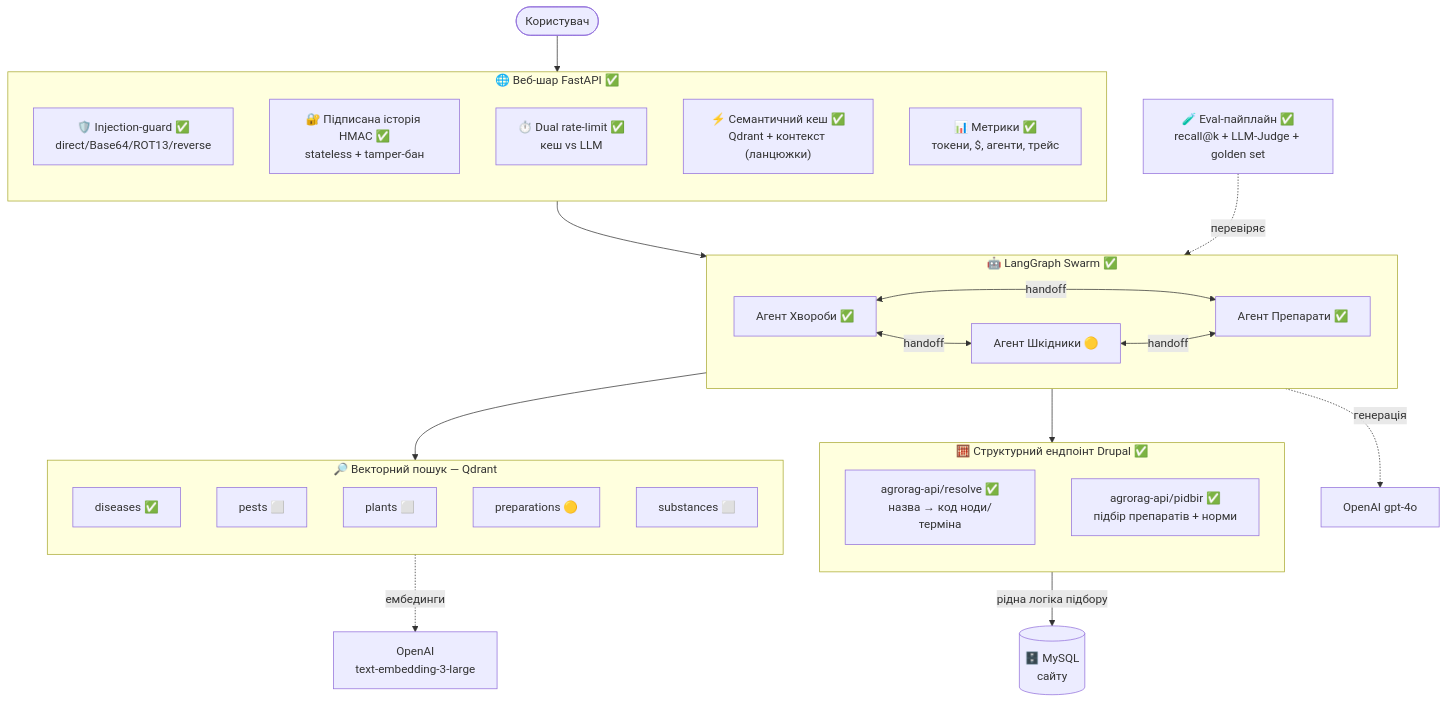
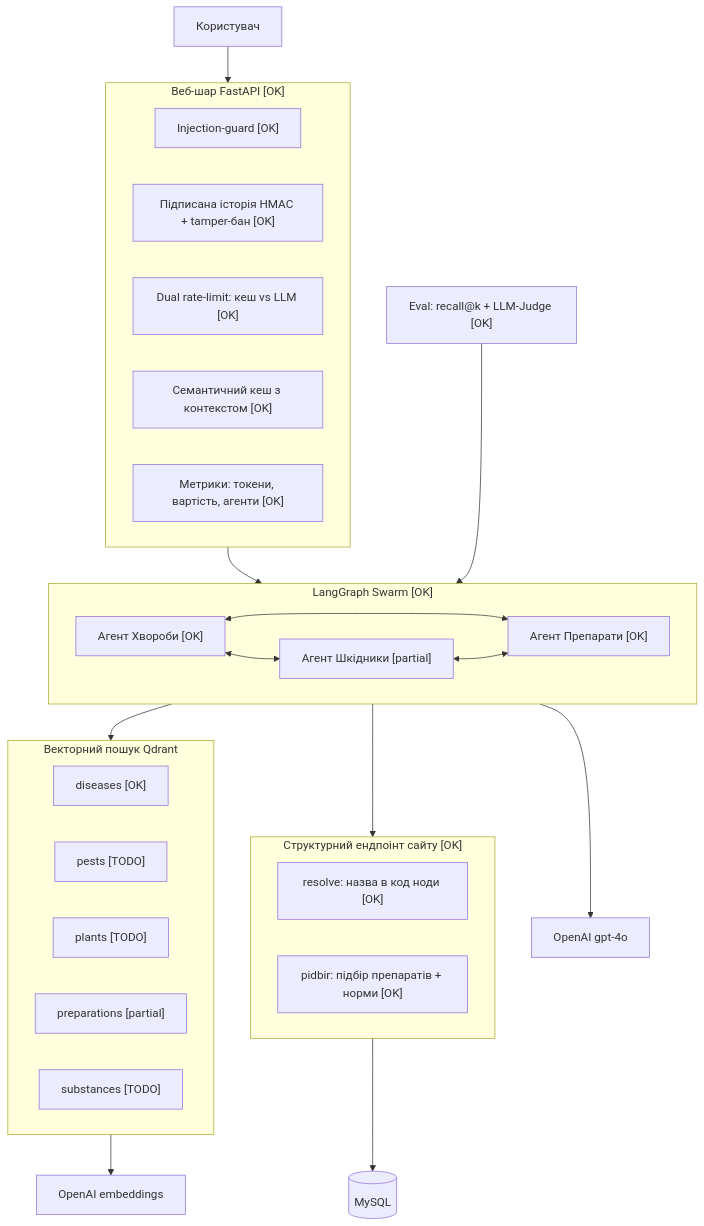
The diagram in README.md (alexawg2015/agrarii-ai), drawn with Mermaid before and after one commit.

Commit message:
замінена зламана архітектура

````diff
--- a/README.md
+++ b/README.md
@@ -22,49 +22,44 @@
 ```mermaid
 flowchart TB
-    U([Користувач]) --> WEB
+    U["Користувач"] --> WEB
 
-    subgraph WEB["🌐 Веб-шар FastAPI ✅"]
-        direction TB
-        GUARD["🛡️ Injection-guard ✅<br/>direct/Base64/ROT13/reverse"]
-        HMAC["🔐 Підписана історія HMAC ✅<br/>stateless + tamper-бан"]
-        RL["⏱️ Dual rate-limit ✅<br/>кеш vs LLM"]
-        CACHE["⚡ Семантичний кеш ✅<br/>Qdrant + контекст (ланцюжки)"]
-        MET["📊 Метрики ✅<br/>токени, $, агенти, трейс"]
+    subgraph WEB["Веб-шар FastAPI [OK]"]
+        GUARD["Injection-guard [OK]"]
+        HMAC["Підписана історія HMAC + tamper-бан [OK]"]
+        RL["Dual rate-limit: кеш vs LLM [OK]"]
+        CACHE["Семантичний кеш з контекстом [OK]"]
+        MET["Метрики: токени, вартість, агенти [OK]"]
     end
 
     WEB --> SWARM
 
-    subgraph SWARM["🤖 LangGraph Swarm ✅"]
-        direction LR
-        AD["Агент Хвороби ✅"]
-        AP["Агент Шкідники 🟡"]
-        APR["Агент Препарати ✅"]
-        AD <-->|handoff| AP
-        AD <-->|handoff| APR
-        AP <-->|handoff| APR
+    subgraph SWARM["LangGraph Swarm [OK]"]
+        AD["Агент Хвороби [OK]"]
+        AP["Агент Шкідники [partial]"]
+        APR["Агент Препарати [OK]"]
+        AD <--> AP
+        AD <--> APR
+        AP <--> APR
     end
 
     SWARM --> RAG
     SWARM --> API
 
-    subgraph RAG["🔎 Векторний пошук — Qdrant"]
-        direction TB
-        CD["diseases ✅"]
-        CP["pests ⬜"]
-        CPL["plants ⬜"]
-        CPR["preparations 🟡"]
-        CS["substances ⬜"]
+    subgraph RAG["Векторний пошук Qdrant"]
+        CD["diseases [OK]"]
+        CP["pests [TODO]"]
+        CPL["plants [TODO]"]
+        CPR["preparations [partial]"]
+        CS["substances [TODO]"]
     end
 
-    subgraph API["🧮 Структурний ендпоінт Drupal ✅"]
-        direction TB
-        RESOLVE["agrorag-api/resolve ✅<br/>назва → код ноди/терміна"]
-        PIDBIR["agrorag-api/pidbir ✅<br/>підбір препаратів + норми"]
+    subgraph API["Структурний ендпоінт сайту [OK]"]
+        RESOLVE["resolve: назва в код ноди [OK]"]
+        PIDBIR["pidbir: підбір препаратів + норми [OK]"]
     end
 
-    API -->|"рідна логіка підбору"| DB[("🗄️ MySQL<br/>сайту")]
-    RAG -.ембединги.-> OAI["OpenAI<br/>text-embedding-3-large"]
-    SWARM -.генерація.-> OAI2["OpenAI gpt-4o"]
-
-    EVAL["🧪 Eval-пайплайн ✅<br/>recall@k + LLM-Judge + golden set"] -.перевіряє.-> SWARM
+    API --> DB[(MySQL)]
+    RAG --> OAI["OpenAI embeddings"]
+    SWARM --> OAI2["OpenAI gpt-4o"]
+    EVAL["Eval: recall@k + LLM-Judge [OK]"] --> SWARM
 ```
````
